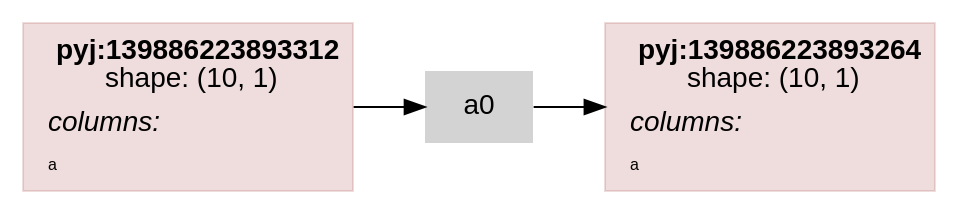
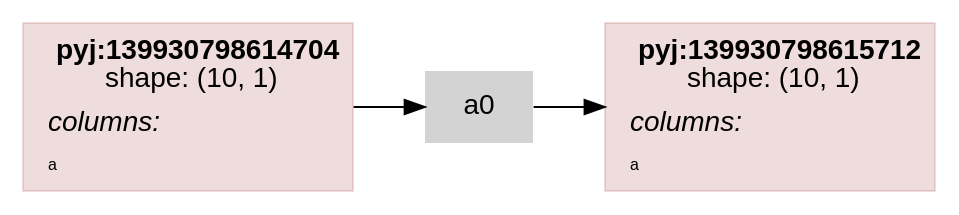
Before and after one commit to asmirnov69/pyjviz-poc: the diagram in scripts/rdflog/a0.ttl.dot, drawn with Graphviz. The commit also changed 21 other files, not shown here.

```diff
--- a/scripts/rdflog/a0.ttl.dot
+++ b/scripts/rdflog/a0.ttl.dot
@@ -1,35 +1,35 @@
 
     digraph G {
     rankdir = "LR"
     fontname="Helvetica,Arial,sans-serif"
     node [ 
       style=filled
       shape=rect
       pencolor="#00000044" // frames color
       fontname="Helvetica,Arial,sans-serif"
       shape=plaintext
     ]
     edge [fontname="Helvetica,Arial,sans-serif"]    
     
 node0_0 [ 
                 color="#88000022"
                 shape = rect
                 label = <<table border="0" cellborder="0" cellspacing="0" cellpadding="4">
-                         <tr> <td> <b>pyj:139886223893312</b><br/>shape: (10, 1)</td> </tr>
+                         <tr> <td> <b>pyj:139930798614704</b><br/>shape: (10, 1)</td> </tr>
                          <tr> <td align="left"><i>columns:</i><br align="left"/></td></tr>
                 <tr><td align="left"><FONT POINT-SIZE="8px">a</FONT></td></tr>
                          </table>>
                 ];
 node0_1 [ 
                 color="#88000022"
                 shape = rect
                 label = <<table border="0" cellborder="0" cellspacing="0" cellpadding="4">
-                         <tr> <td> <b>pyj:139886223893264</b><br/>shape: (10, 1)</td> </tr>
+                         <tr> <td> <b>pyj:139930798615712</b><br/>shape: (10, 1)</td> </tr>
                          <tr> <td align="left"><i>columns:</i><br align="left"/></td></tr>
                 <tr><td align="left"><FONT POINT-SIZE="8px">a</FONT></td></tr>
                          </table>>
                 ];
 node0_2 [ label = "a0" ];
 node0_0 -> node0_2;
 node0_2 -> node0_1;
 }
```
